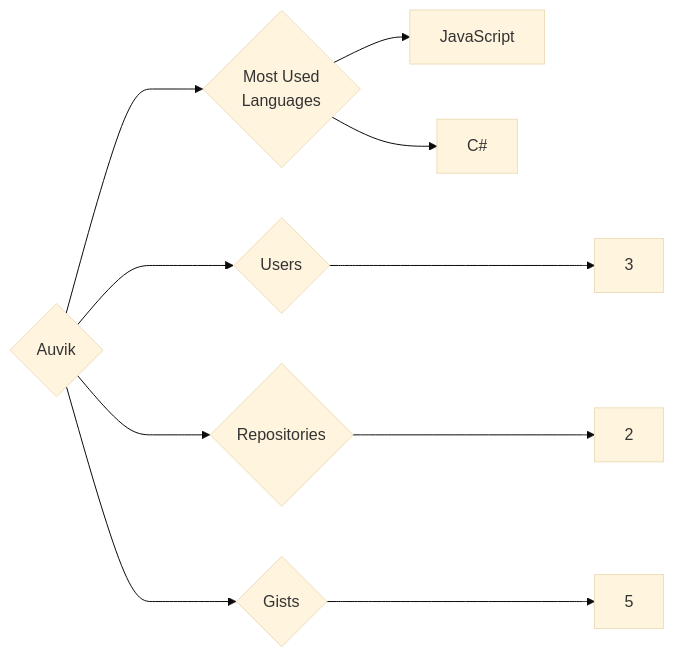
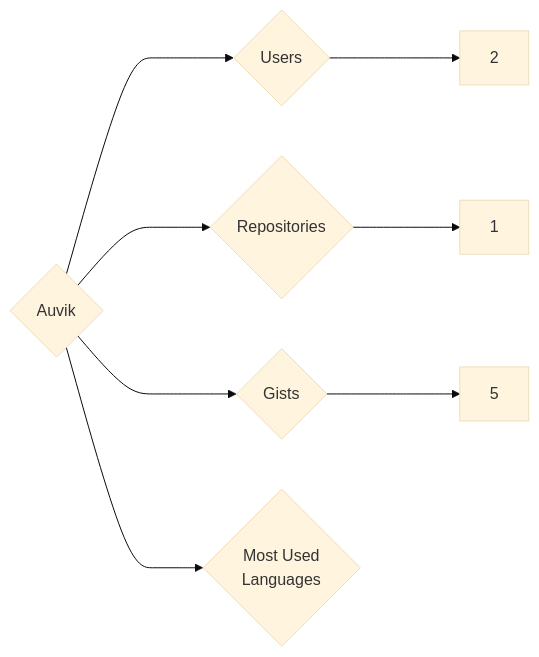
One commit to trickest/insiders changed the diagram in targets/Auvik/README.md. Above: the diagram before and after it, drawn with Mermaid (base theme). The commit also changed 1149 other files, not shown here.

````diff
--- a/targets/Auvik/README.md
+++ b/targets/Auvik/README.md
@@ -3,10 +3,8 @@
 ```mermaid
 graph LR
 COMPANY_NAME{Auvik}
-COMPANY_NAME ---> U{Users} ---> UN[3]
-COMPANY_NAME ---> R{Repositories} ---> RN[2]
+COMPANY_NAME ---> U{Users} ---> UN[2]
+COMPANY_NAME ---> R{Repositories} ---> RN[1]
 COMPANY_NAME ---> G{Gists} ---> GN[5]
 COMPANY_NAME ---> ML{Most Used<br>Languages}
-ML --> JavaScript[JavaScript]
-ML --> C#[C#]
 ```
````
